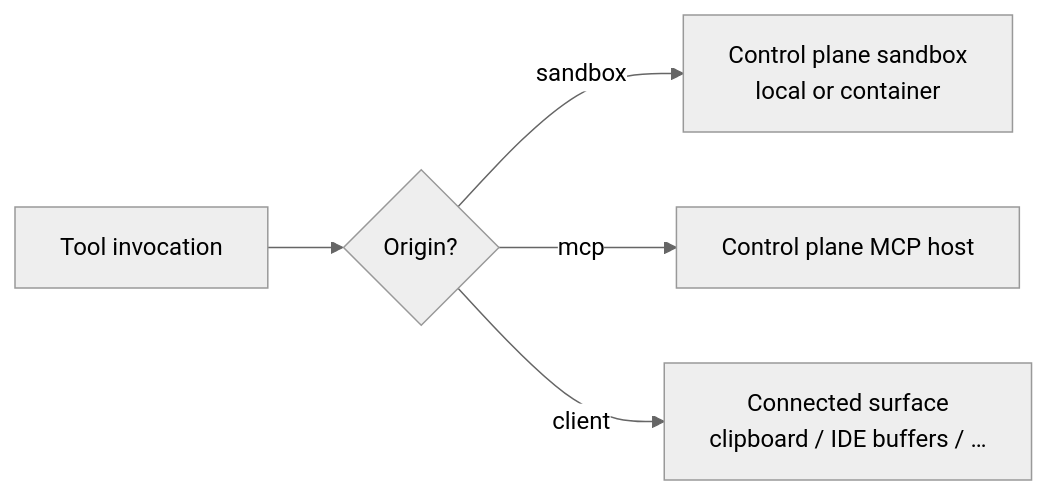
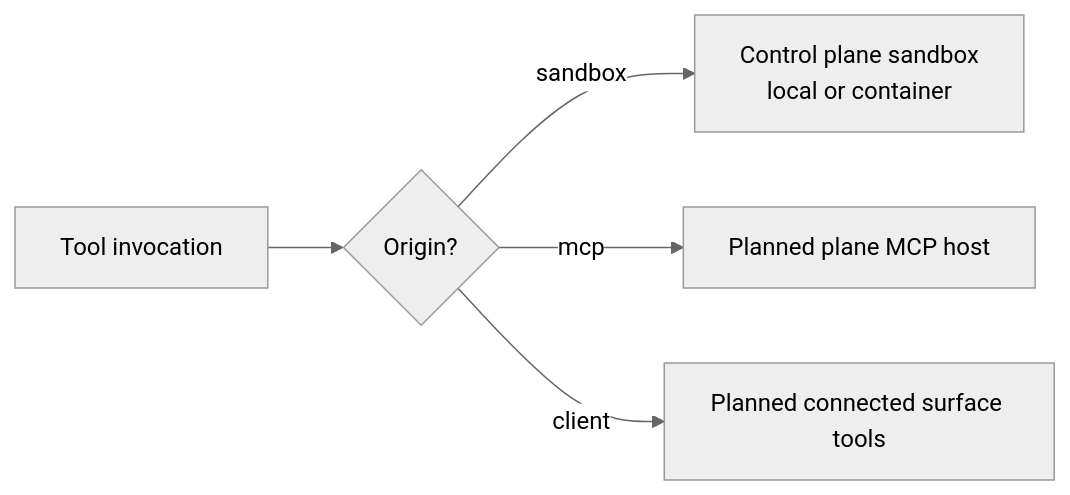
Before and after one commit to tryy3/agent-fabric: the sixth of 6 diagrams in docs/architecture.md, drawn with Mermaid (neutral theme). The commit also changed other lines of this file and 18 other files, not shown here.

````diff
--- a/docs/architecture.md
+++ b/docs/architecture.md
@@ -287,7 +285,7 @@
 ```mermaid
 flowchart LR
   ToolCall[Tool invocation] --> Origin{Origin?}
   Origin -->|sandbox| PlaneSB[Control plane sandbox<br/>local or container]
-  Origin -->|mcp| PlaneMCP[Control plane MCP host]
-  Origin -->|client| Surface[Connected surface<br/>clipboard / IDE buffers / …]
+  Origin -->|mcp| PlaneMCP[Planned plane MCP host]
+  Origin -->|client| Surface[Planned connected surface tools]
 ```
````
